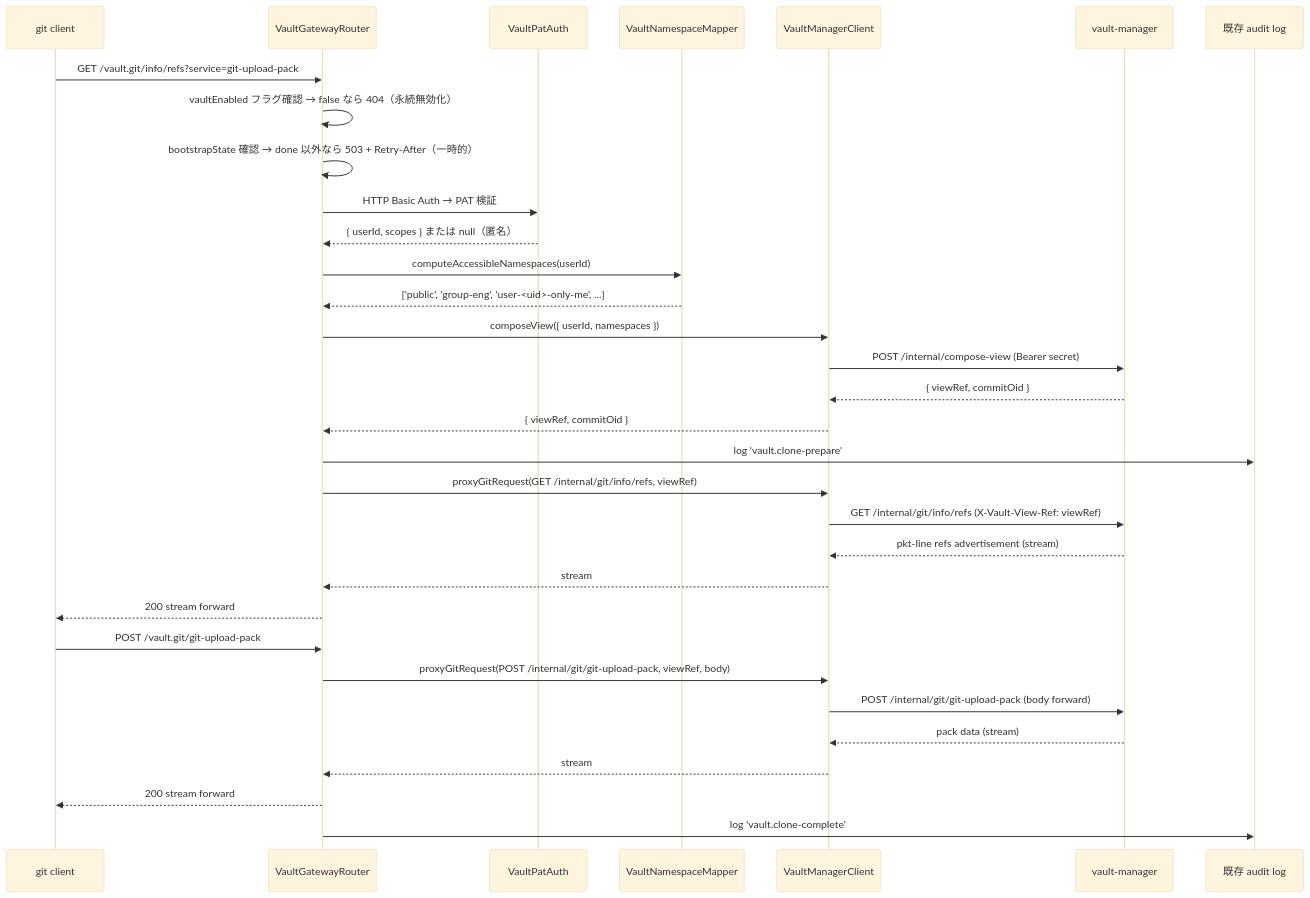
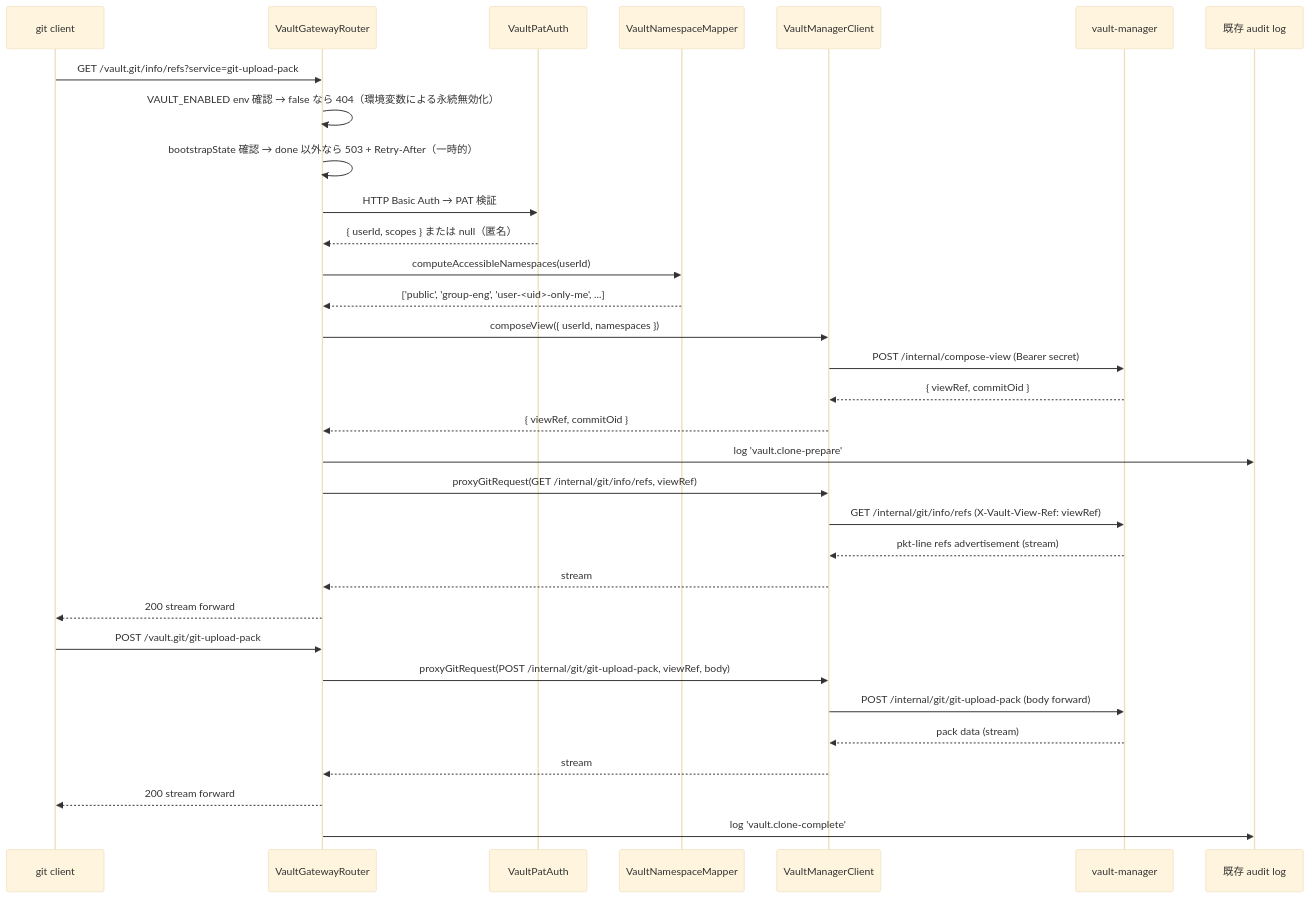
The second of 4 diagrams in .kiro/specs/growi-vault-gateway/design.md (growilabs/growi), drawn with Mermaid (base theme) before and after one commit. The commit also changed other lines of this file and 16 other files, not shown here.

First line of the commit message:
refactor(growi-vault): make VAULT_ENABLED env-only and add admin Wipe kill switch

````diff
--- a/.kiro/specs/growi-vault-gateway/design.md
+++ b/.kiro/specs/growi-vault-gateway/design.md
@@ -171,36 +171,36 @@
 ```mermaid
 sequenceDiagram
     participant Cli as git client
     participant App as VaultGatewayRouter
     participant Auth as VaultPatAuth
     participant Map as VaultNamespaceMapper
     participant Client as VaultManagerClient
     participant VM as vault-manager
     participant Audit as 既存 audit log
 
     Cli->>App: GET /vault.git/info/refs?service=git-upload-pack
-    App->>App: vaultEnabled フラグ確認 → false なら 404（永続無効化）
+    App->>App: VAULT_ENABLED env 確認 → false なら 404（環境変数による永続無効化）
     App->>App: bootstrapState 確認 → done 以外なら 503 + Retry-After（一時的）
     App->>Auth: HTTP Basic Auth → PAT 検証
     Auth-->>App: { userId, scopes } または null（匿名）
     App->>Map: computeAccessibleNamespaces(userId)
     Map-->>App: ['public', 'group-eng', 'user-<uid>-only-me', ...]
     App->>Client: composeView({ userId, namespaces })
     Client->>VM: POST /internal/compose-view (Bearer secret)
     VM-->>Client: { viewRef, commitOid }
     Client-->>App: { viewRef, commitOid }
     App->>Audit: log 'vault.clone-prepare'
     App->>Client: proxyGitRequest(GET /internal/git/info/refs, viewRef)
     Client->>VM: GET /internal/git/info/refs (X-Vault-View-Ref: viewRef)
     VM-->>Client: pkt-line refs advertisement (stream)
     Client-->>App: stream
     App-->>Cli: 200 stream forward
 
     Cli->>App: POST /vault.git/git-upload-pack
     App->>Client: proxyGitRequest(POST /internal/git/git-upload-pack, viewRef, body)
     Client->>VM: POST /internal/git/git-upload-pack (body forward)
     VM-->>Client: pack data (stream)
     Client-->>App: stream
     App-->>Cli: 200 stream forward
     App->>Audit: log 'vault.clone-complete'
 ```
````
